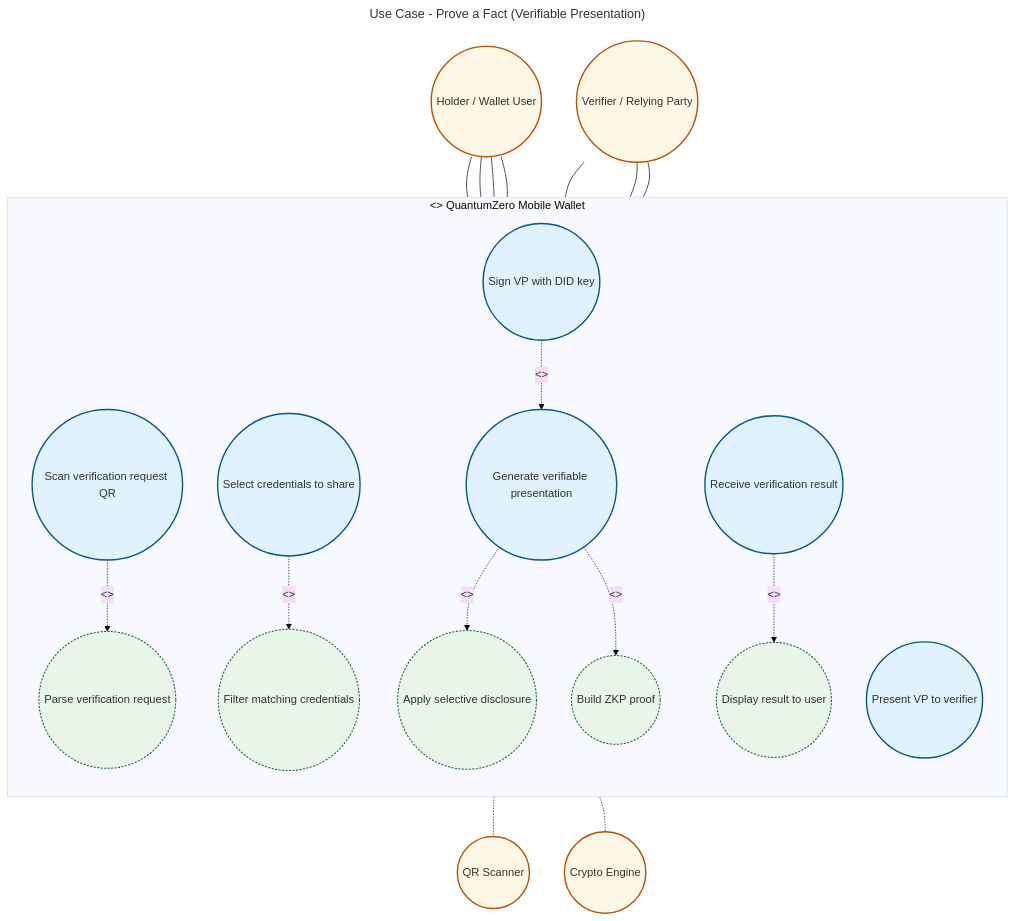
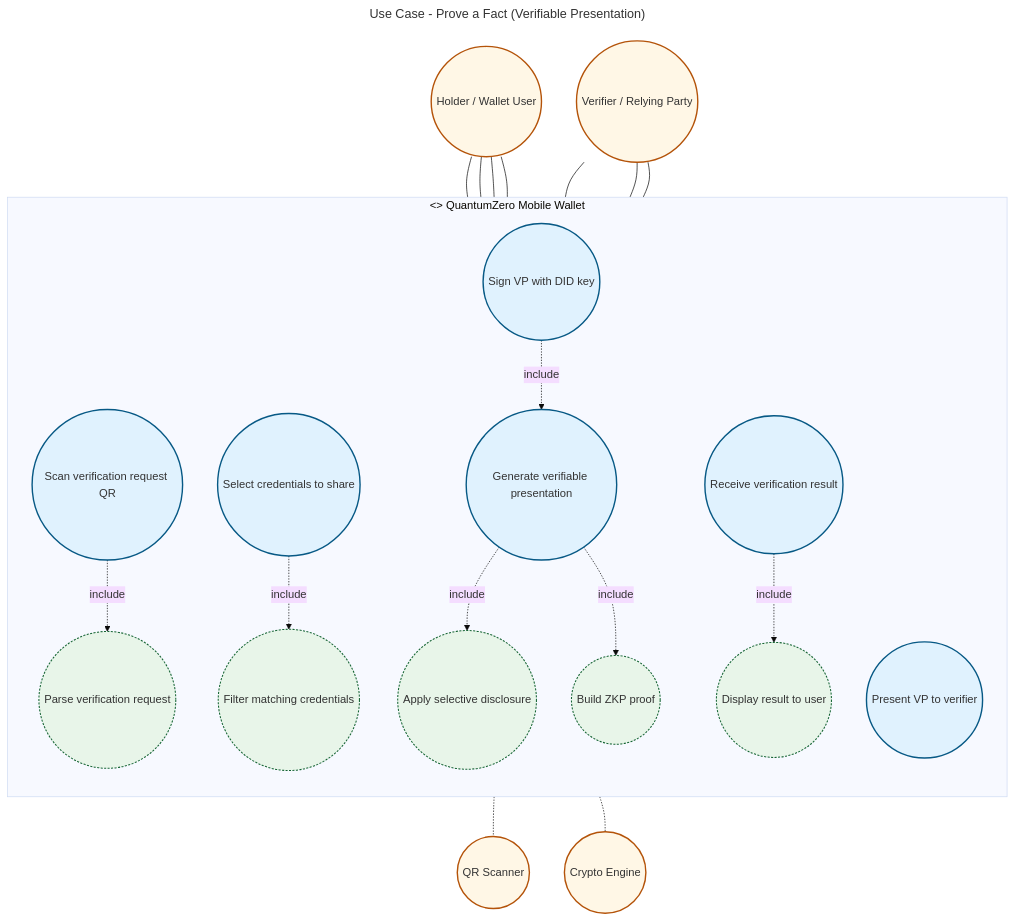
The diagram in diagrams/usecase-mobile-prove-fact.mmd (CHATEAUFORGE-LLC/QuantumZero), drawn with Mermaid before and after one commit. The commit also changed 63 other files, not shown here.

```diff
--- a/diagrams/usecase-mobile-prove-fact.mmd
+++ b/diagrams/usecase-mobile-prove-fact.mmd
@@ -1,62 +1,62 @@
 ---
 title: Use Case - Prove a Fact (Verifiable Presentation)
 config:
   theme: base
 ---
 %% QuantumZero UML palette note: actors/external=#fff7e6/#b45309, system/component=#e0f2fe/#075985, datastore=#ecfccb/#4d7c0f, notes=#fff9c4/#d97706. Aligns diagrams to Deliverable 1 UML/DFD theme.
 flowchart TB
     %% QuantumZero UML palette (standardized)
     classDef actor fill:#fff7e6,stroke:#b45309,stroke-width:2px
     classDef system fill:#eef2ff,stroke:#4338ca,stroke-width:2px
     classDef usecase fill:#e0f2fe,stroke:#075985,stroke-width:2px
     classDef supporting fill:#e8f5e9,stroke:#166534,stroke-width:1.5px,stroke-dasharray: 3 2
 
     %% Actors
     Holder((Holder / Wallet User)):::actor
     Verifier((Verifier / Relying Party)):::actor
     QRScanner((QR Scanner)):::actor
     CryptoEngine((Crypto Engine)):::actor
     
     %% System Boundary
     subgraph MobileWallet["<<system>> QuantumZero Mobile Wallet"]
         direction TB
         
         %% Primary Use Cases
         UC1(("Scan verification request QR")):::usecase
         UC2(("Select credentials to share")):::usecase
         UC3(("Generate verifiable presentation")):::usecase
         UC4(("Apply selective disclosure")):::supporting
         UC5(("Sign VP with DID key")):::usecase
         UC6(("Present VP to verifier")):::usecase
         UC7(("Receive verification result")):::usecase
         
         %% Supporting Use Cases
         UC8(("Parse verification request")):::supporting
         UC9(("Filter matching credentials")):::supporting
         UC10(("Build ZKP proof")):::supporting
         UC11(("Display result to user")):::supporting
         
         %% Use Case Relationships
-         UC1 -. <<include>> .-> UC8
-         UC2 -. <<include>> .-> UC9
-         UC3 -. <<include>> .-> UC4
-         UC3 -. <<include>> .-> UC10
-         UC5 -. <<include>> .-> UC3
-         UC7 -. <<include>> .-> UC11
+         UC1 -. include .-> UC8
+         UC2 -. include .-> UC9
+         UC3 -. include .-> UC4
+         UC3 -. include .-> UC10
+         UC5 -. include .-> UC3
+         UC7 -. include .-> UC11
     end
     
     %% Actor-Use Case Associations
     Holder --- UC1
     Holder --- UC2
     Holder --- UC5
     Holder --- UC7
     Verifier --- UC1
     Verifier --- UC6
     Verifier --- UC7
     
     %% Secondary Actor Associations
     UC1 -.- QRScanner
     UC5 -.- CryptoEngine
     %% Verification transport is external (QR/deeplink/secure channel) and is modeled by the Verifier actor
     
     %% Metadata note content documented in DIAGRAMS.md
```
